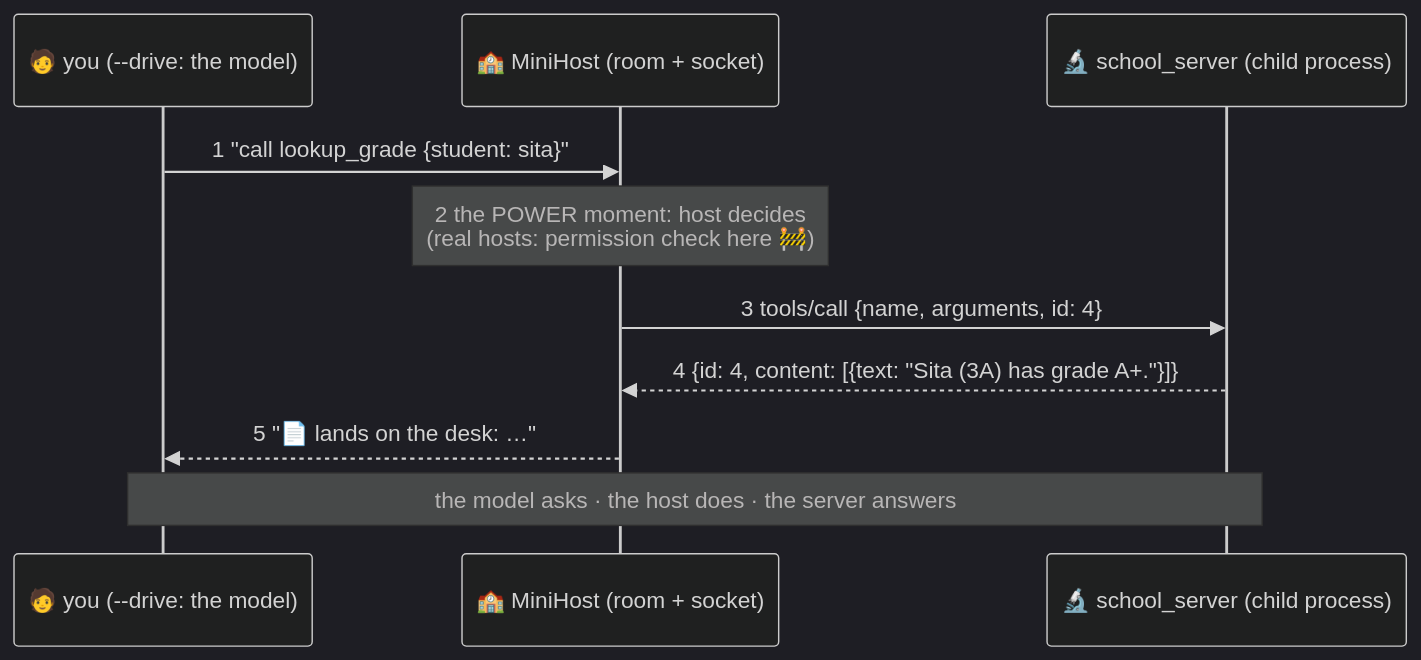
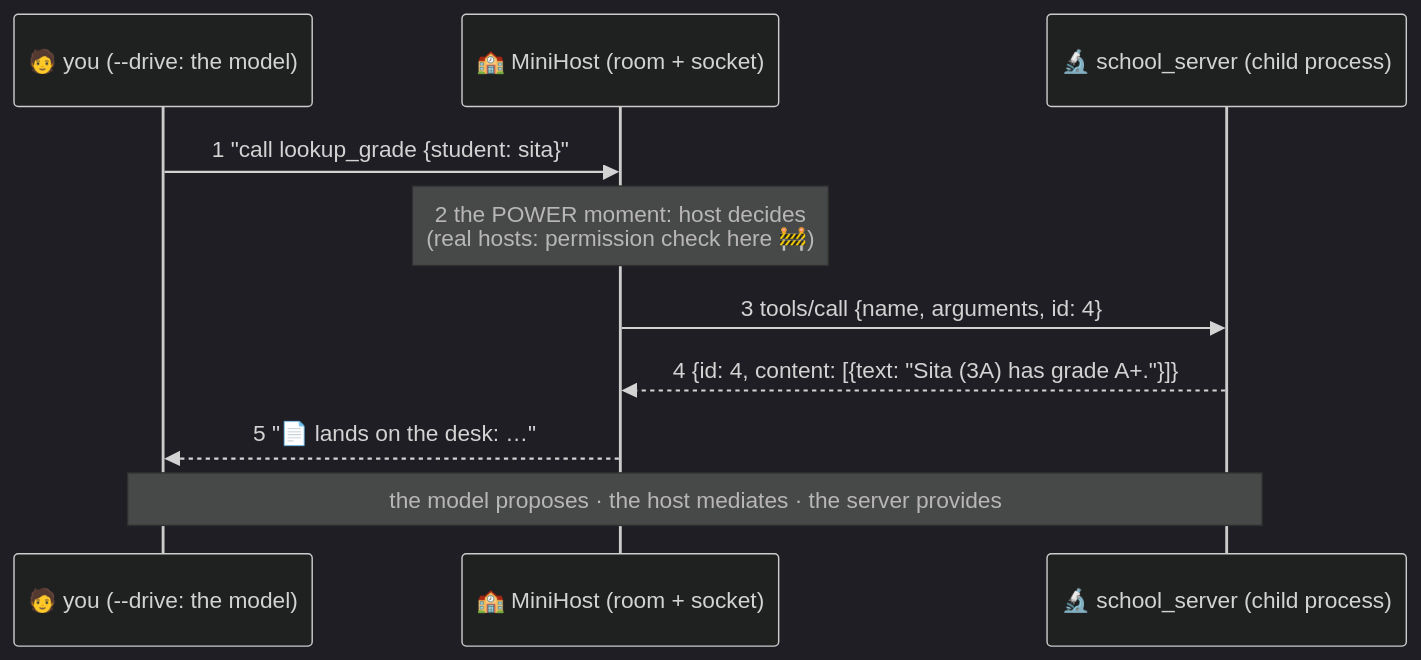
The diagram in lessons/07-build-a-client/README.md (BaluRaut/learn-mcp-school), drawn with Mermaid (dark theme) before and after one commit. The commit also changed other lines of this file and 8 other files, not shown here.

Commit message:
Protocol revision 2026-07-28: badge on every request, server/discover, no handshake; Streamable HTTP; recommended policies; local vs remote server; Verify/proved/mistakes/production; read-these-lines; drive sequences

````diff
--- a/lessons/07-build-a-client/README.md
+++ b/lessons/07-build-a-client/README.md
@@ -40,12 +42,12 @@
 ```mermaid
 sequenceDiagram
     participant U as 🧑 you (--drive: the model)
     participant H as 🏫 MiniHost (room + socket)
     participant S as 🔬 school_server (child process)
     U->>H: 1 "call lookup_grade {student: sita}"
     Note over H: 2 the POWER moment: host decides<br/>(real hosts: permission check here 🚧)
     H->>S: 3 tools/call {name, arguments, id: 4}
     S-->>H: 4 {id: 4, content: [{text: "Sita (3A) has grade A+."}]}
     H-->>U: 5 "📄 lands on the desk: …"
-    Note over U,S: the model asks · the host does · the server answers
+    Note over U,S: the model proposes · the host mediates · the server provides
 ```
````
